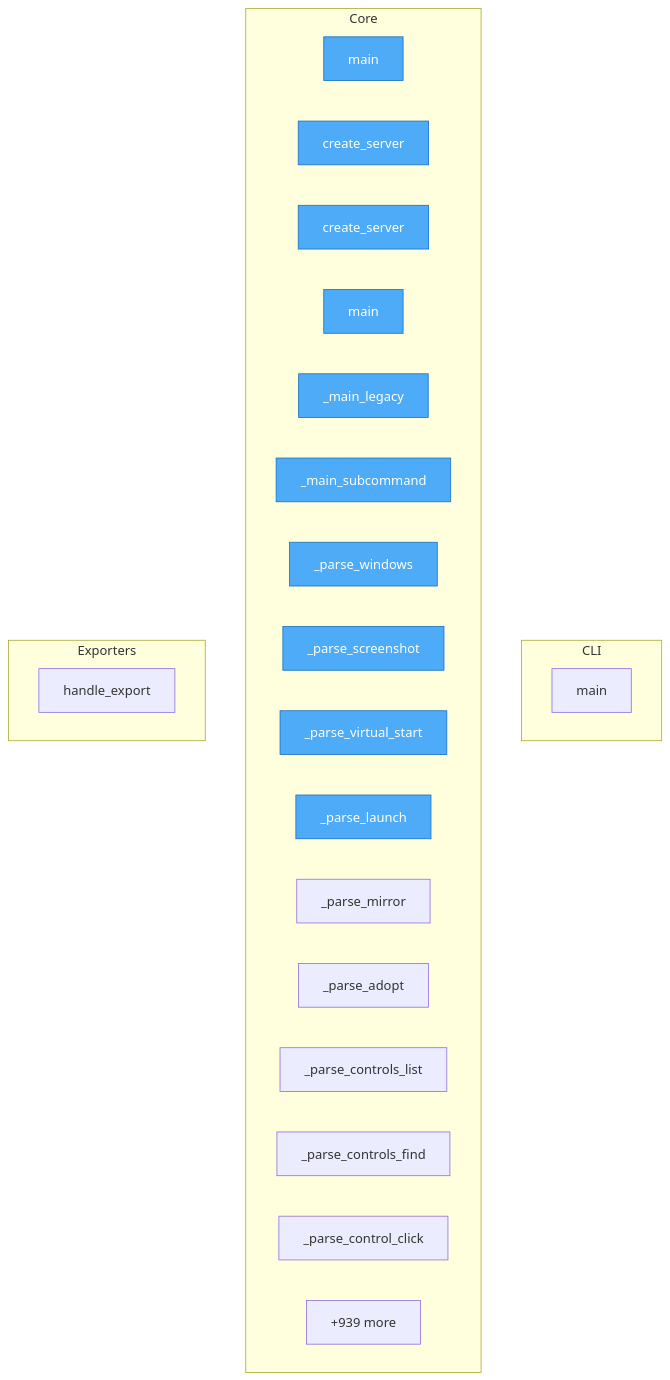
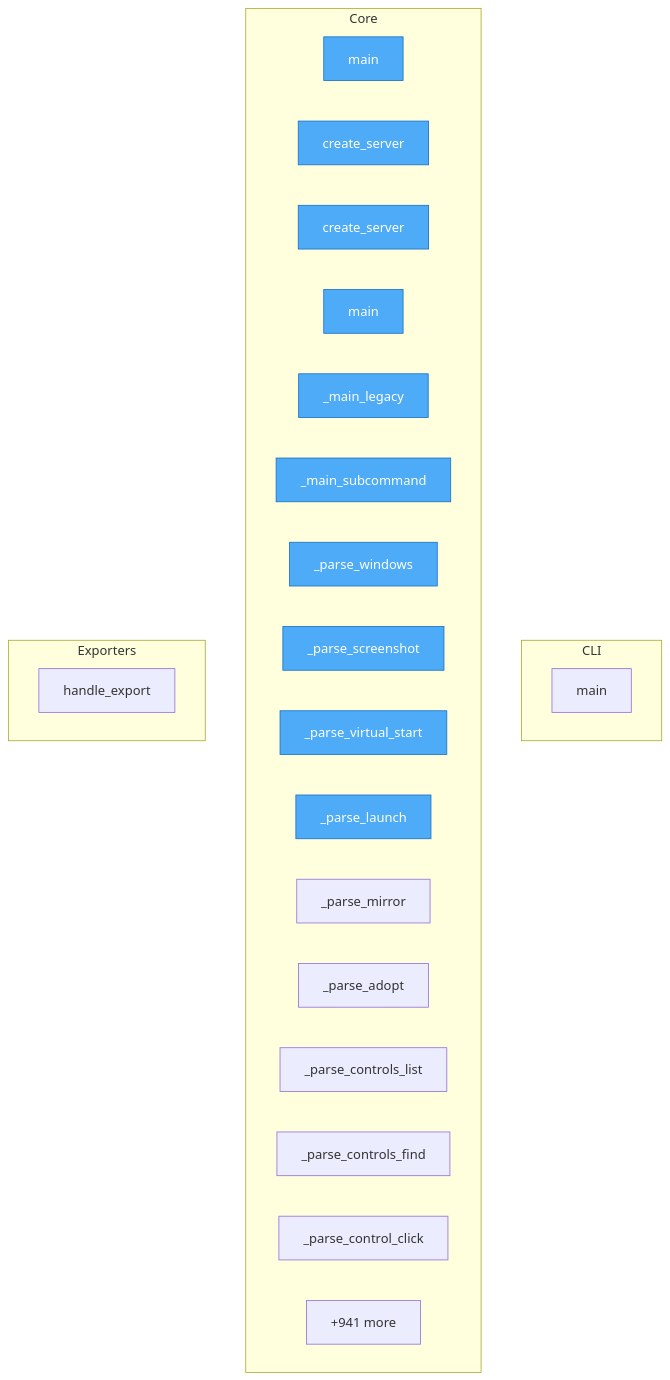
The diagram in project/flow.mmd (wronai/vdisplay), drawn with Mermaid before and after one commit. The commit also changed 31 other files, not shown here.

```diff
--- a/project/flow.mmd
+++ b/project/flow.mmd
@@ -1,34 +1,34 @@
 flowchart TD
-%% generated in 0.17s
+%% generated in 0.11s
 
     %% Entry points (blue)
     classDef entry fill:#4dabf7,stroke:#1971c2,color:#fff
 
     subgraph CLI
         packages__cli2vdisplay__src__cli2vdisplay__cli__main["main"]
     end
 
     subgraph Core
         packages__mcp2vdisplay__src__mcp2vdisplay__cli__main["main"]
         packages__mcp2vdisplay__src__mcp2vdisplay__cli__create_server["create_server"]
         packages__mcp2vdisplay__src__mcp2vdisplay__server__create_server["create_server"]
         packages__dsl2vdisplay__src__dsl2vdisplay__cli__main["main"]
         packages__dsl2vdisplay__src__dsl2vdisplay__cli___main_legacy["_main_legacy"]
         packages__dsl2vdisplay__src__dsl2vdisplay__cli___main_subcommand["_main_subcommand"]
         packages__dsl2vdisplay__src__dsl2vdisplay__grammar___parse_windows["_parse_windows"]
         packages__dsl2vdisplay__src__dsl2vdisplay__grammar___parse_screenshot["_parse_screenshot"]
         packages__dsl2vdisplay__src__dsl2vdisplay__grammar___parse_virtual_start["_parse_virtual_start"]
         packages__dsl2vdisplay__src__dsl2vdisplay__grammar___parse_launch["_parse_launch"]
         packages__dsl2vdisplay__src__dsl2vdisplay__grammar___parse_mirror["_parse_mirror"]
         packages__dsl2vdisplay__src__dsl2vdisplay__grammar___parse_adopt["_parse_adopt"]
         packages__dsl2vdisplay__src__dsl2vdisplay__grammar___parse_controls_list["_parse_controls_list"]
         packages__dsl2vdisplay__src__dsl2vdisplay__grammar___parse_controls_find["_parse_controls_find"]
         packages__dsl2vdisplay__src__dsl2vdisplay__grammar___parse_control_click["_parse_control_click"]
-        ...["+939 more"]
+        ...["+941 more"]
     end
 
     subgraph Exporters
         src__vdisplay__commands__session__handle_export["handle_export"]
     end
 
     class packages__mcp2vdisplay__src__mcp2vdisplay__cli__main,packages__mcp2vdisplay__src__mcp2vdisplay__cli__create_server,packages__mcp2vdisplay__src__mcp2vdisplay__server__create_server,packages__dsl2vdisplay__src__dsl2vdisplay__cli__main,packages__dsl2vdisplay__src__dsl2vdisplay__cli___main_legacy,packages__dsl2vdisplay__src__dsl2vdisplay__cli___main_subcommand,packages__dsl2vdisplay__src__dsl2vdisplay__grammar___parse_windows,packages__dsl2vdisplay__src__dsl2vdisplay__grammar___parse_screenshot,packages__dsl2vdisplay__src__dsl2vdisplay__grammar___parse_virtual_start,packages__dsl2vdisplay__src__dsl2vdisplay__grammar___parse_launch entry
```
